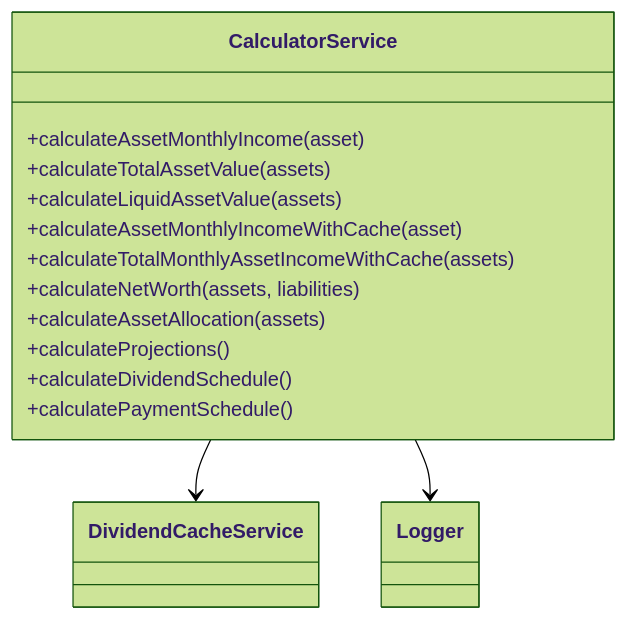
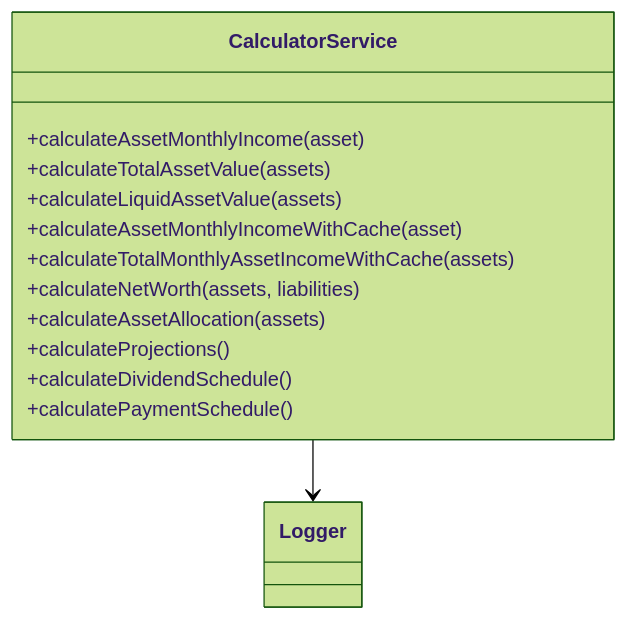
One commit to ChristianScheub/Typescript_PassivIncomeCalculator changed the first of 3 diagrams in src/service/calculatorService/README.md. Above: the diagram before and after it, drawn with Mermaid (forest theme). The commit also changed other lines of this file and 28 other files, not shown here.

````diff
--- a/src/service/calculatorService/README.md
+++ b/src/service/calculatorService/README.md
@@ -59,17 +59,16 @@
 ```mermaid
 classDiagram
     class CalculatorService {
         +calculateAssetMonthlyIncome(asset)
         +calculateTotalAssetValue(assets)
         +calculateLiquidAssetValue(assets)
         +calculateAssetMonthlyIncomeWithCache(asset)
         +calculateTotalMonthlyAssetIncomeWithCache(assets)
         +calculateNetWorth(assets, liabilities)
         +calculateAssetAllocation(assets)
         +calculateProjections()
         +calculateDividendSchedule()
         +calculatePaymentSchedule()
     }
-    CalculatorService --> DividendCacheService
     CalculatorService --> Logger
 ```
````
